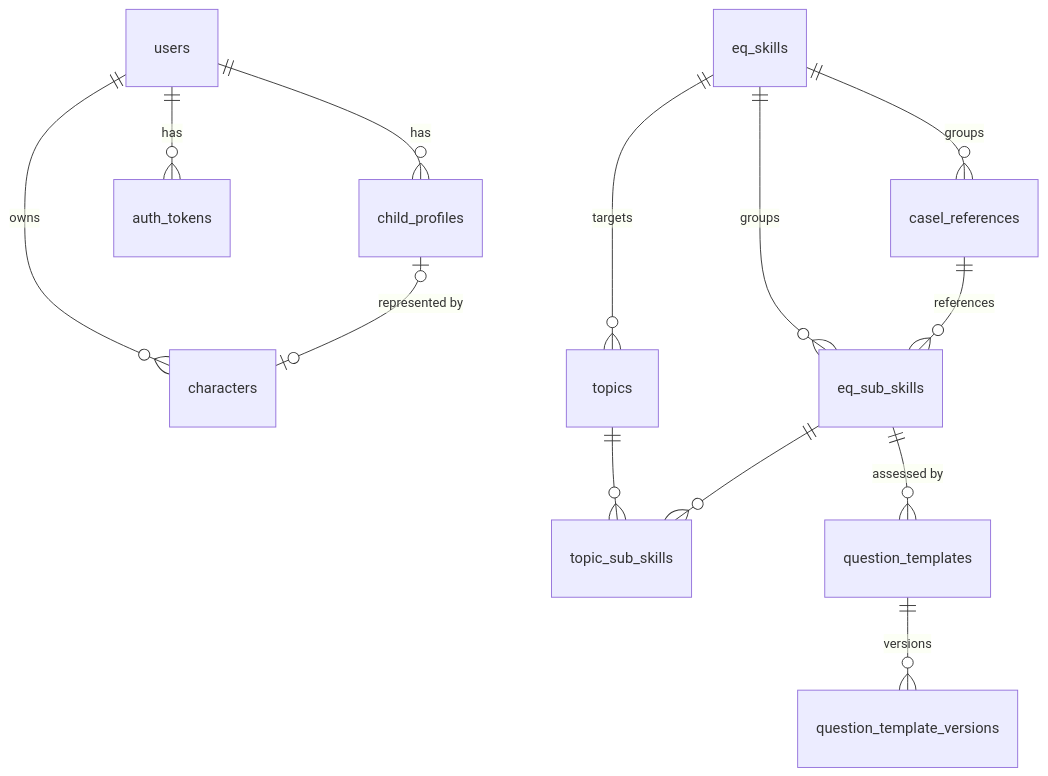
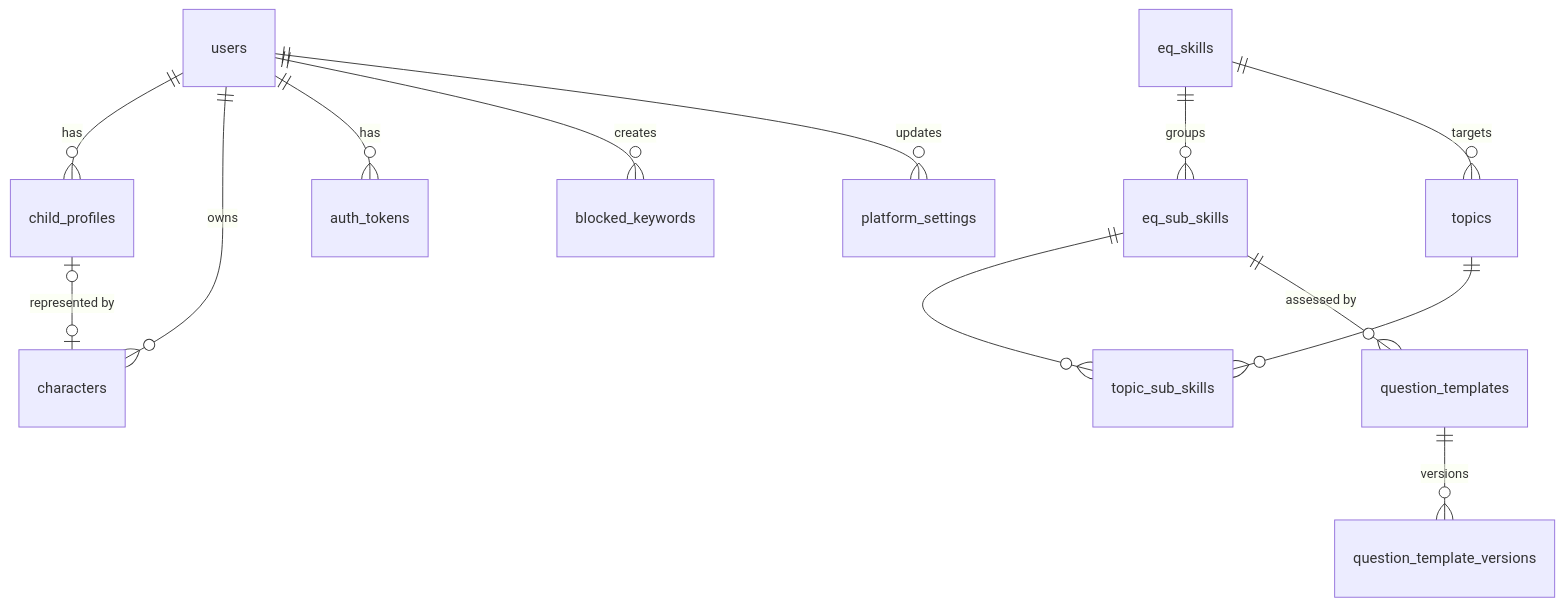
One commit to SEP490-GFA26SE186/BE changed the diagram in docs/diagrams/srs/erd-1-account-library.mmd. Above: the diagram before and after it, drawn with Mermaid. The commit also changed 23 other files, not shown here.

Commit message:
Update diagrams and add new sequences for admin and analysis features; enhance class structures and use cases for better clarity and functionality.

```diff
--- a/docs/diagrams/srs/erd-1-account-library.mmd
+++ b/docs/diagrams/srs/erd-1-account-library.mmd
@@ -1,13 +1,13 @@
 erDiagram
   users ||--o{ child_profiles : "has"
   users ||--o{ characters : "owns"
   child_profiles |o--o| characters : "represented by"
   users ||--o{ auth_tokens : "has"
-  eq_skills ||--o{ casel_references : "groups"
   eq_skills ||--o{ eq_sub_skills : "groups"
-  casel_references ||--o{ eq_sub_skills : "references"
   eq_skills ||--o{ topics : "targets"
   topics ||--o{ topic_sub_skills : ""
   eq_sub_skills ||--o{ topic_sub_skills : ""
   eq_sub_skills ||--o{ question_templates : "assessed by"
   question_templates ||--o{ question_template_versions : "versions"
+  users ||--o{ blocked_keywords : "creates"
+  users ||--o{ platform_settings : "updates"
```
